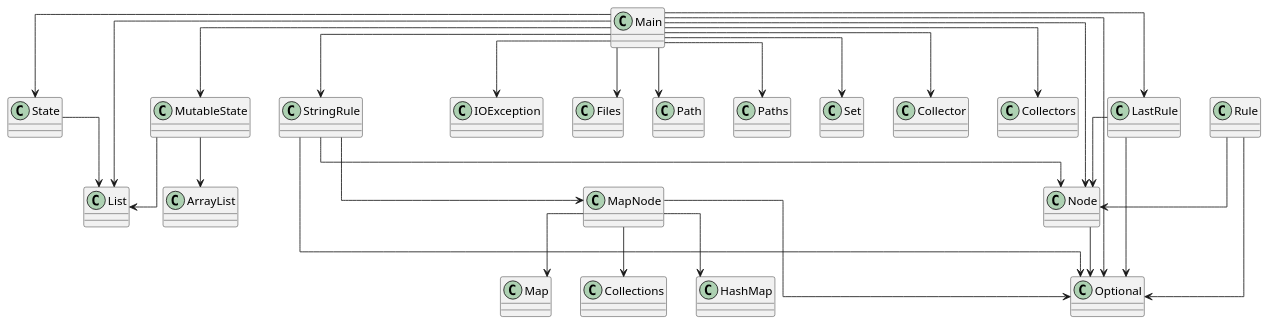
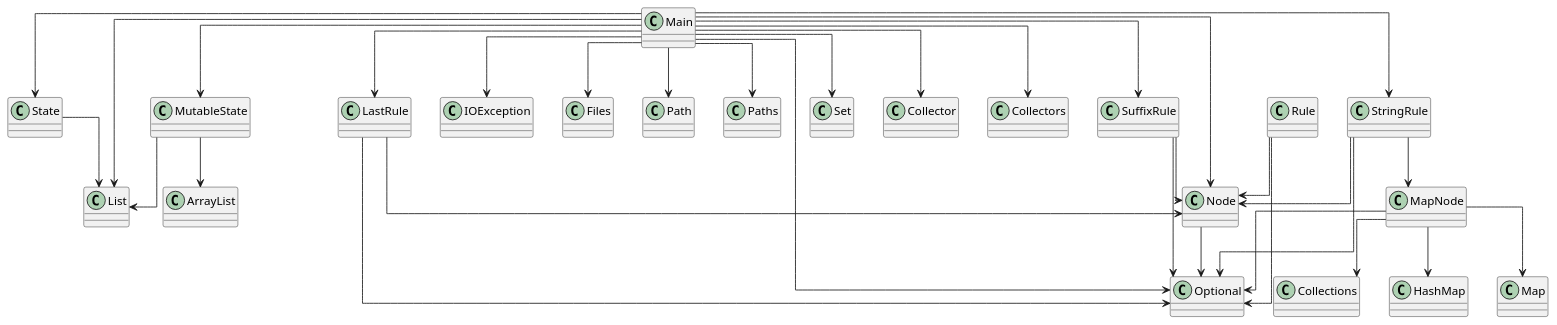
The diagram in diagram.puml (SirMathhman/Magma), drawn with PlantUML before and after one commit. The commit also changed 2 other files, not shown here.

Commit message:
SuffixRule

```diff
--- a/diagram.puml
+++ b/diagram.puml
@@ -1,41 +1,45 @@
 @startuml
 skinparam linetype ortho
 class MutableState
 MutableState --> ArrayList
 MutableState --> List
 class Node
 Node --> Optional
 class Rule
 Rule --> Node
 Rule --> Optional
 class Main
 Main --> LastRule
 Main --> MutableState
-Main --> Node
 Main --> State
 Main --> StringRule
+Main --> SuffixRule
+Main --> Node
 Main --> IOException
 Main --> Files
 Main --> Path
 Main --> Paths
 Main --> List
 Main --> Optional
 Main --> Set
 Main --> Collector
 Main --> Collectors
 class MapNode
 MapNode --> Collections
 MapNode --> HashMap
 MapNode --> Map
 MapNode --> Optional
 class StringRule
 StringRule --> MapNode
 StringRule --> Node
 StringRule --> Optional
 class LastRule
 LastRule --> Node
 LastRule --> Optional
+class SuffixRule
+SuffixRule --> Node
+SuffixRule --> Optional
 class State
 State --> List
 
 @enduml
```
